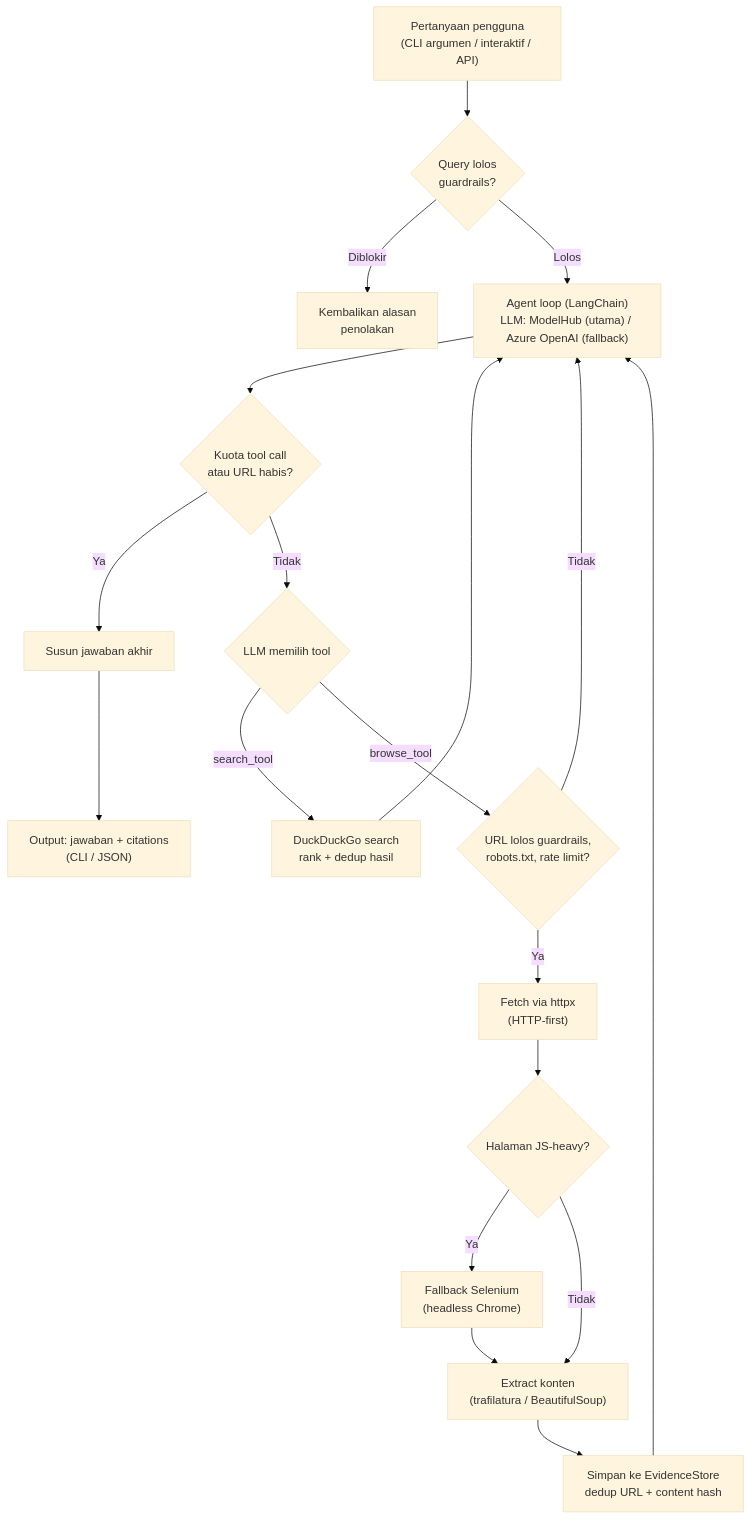
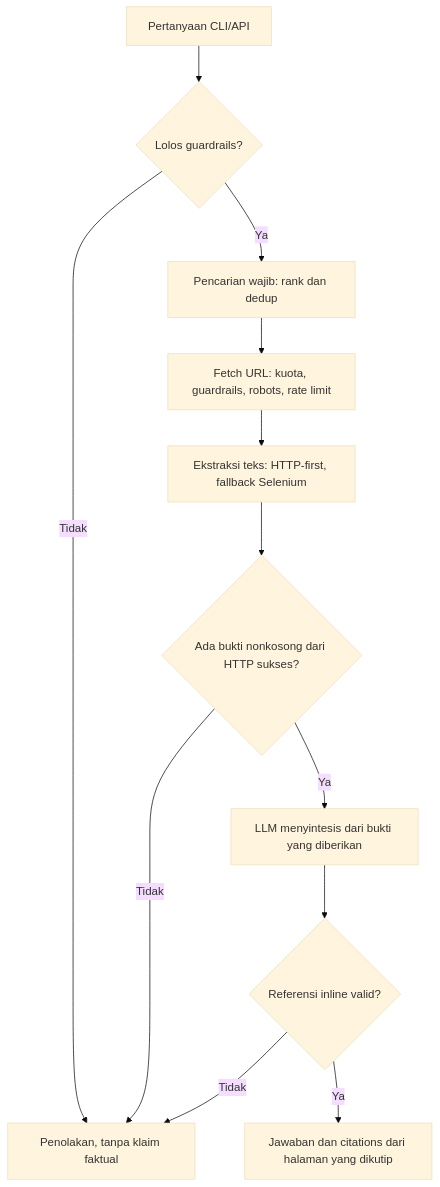
One commit to GigasTaufan/browsing_agent changed the diagram in README.md. Above: the diagram before and after it, drawn with Mermaid (base theme). The commit also changed other lines of this file and 19 other files, not shown here.

First line of the commit message:
fix: require web evidence and valid answer citations

````diff
--- a/README.md
+++ b/README.md
@@ -49,21 +49,14 @@
 ```mermaid
 flowchart TD
-    A["Pertanyaan pengguna<br/>(CLI argumen / interaktif / API)"] --> B{"Query lolos<br/>guardrails?"}
-    B -->|Diblokir| C["Kembalikan alasan<br/>penolakan"]
-    B -->|Lolos| D["Agent loop (LangChain)<br/>LLM: ModelHub (utama) / Azure OpenAI (fallback)"]
-    D --> E{"Kuota tool call<br/>atau URL habis?"}
-    E -->|Ya| K["Susun jawaban akhir"]
-    E -->|Tidak| F{"LLM memilih tool"}
-    F -->|search_tool| G["DuckDuckGo search<br/>rank + dedup hasil"]
-    F -->|browse_tool| H{"URL lolos guardrails,<br/>robots.txt, rate limit?"}
-    H -->|Tidak| D
-    H -->|Ya| I["Fetch via httpx<br/>(HTTP-first)"]
-    I --> J{"Halaman JS-heavy?"}
-    J -->|Ya| J2["Fallback Selenium<br/>(headless Chrome)"]
-    J2 --> L["Extract konten<br/>(trafilatura / BeautifulSoup)"]
-    J -->|Tidak| L
-    L --> M["Simpan ke EvidenceStore<br/>dedup URL + content hash"]
-    G --> D
-    M --> D
-    K --> N["Output: jawaban + citations<br/>(CLI / JSON)"]
+    A["Pertanyaan CLI/API"] --> B{"Lolos guardrails?"}
+    B -->|Tidak| R["Penolakan, tanpa klaim faktual"]
+    B -->|Ya| S["Pencarian wajib: rank dan dedup"]
+    S --> F["Fetch URL: kuota, guardrails, robots, rate limit"]
+    F --> E["Ekstraksi teks: HTTP-first, fallback Selenium"]
+    E --> V{"Ada bukti nonkosong dari HTTP sukses?"}
+    V -->|Tidak| R
+    V -->|Ya| L["LLM menyintesis dari bukti yang diberikan"]
+    L --> C{"Referensi inline valid?"}
+    C -->|Tidak| R
+    C -->|Ya| O["Jawaban dan citations dari halaman yang dikutip"]
 ```
````
